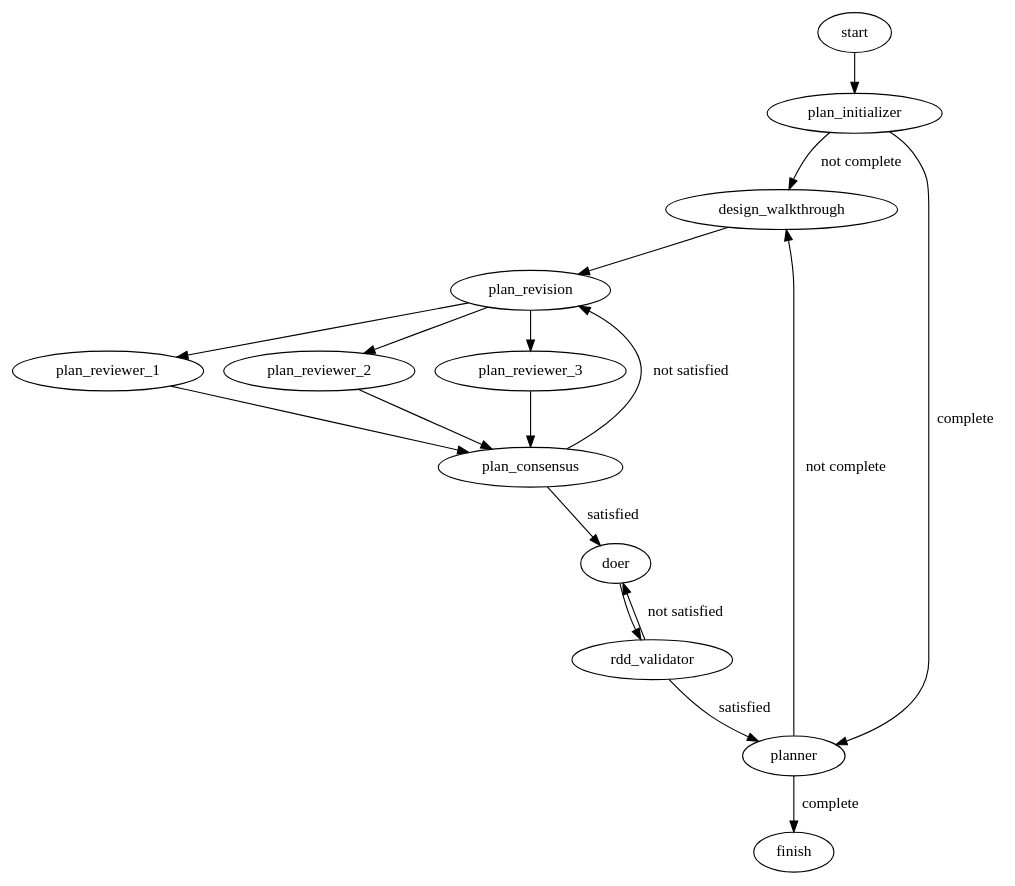
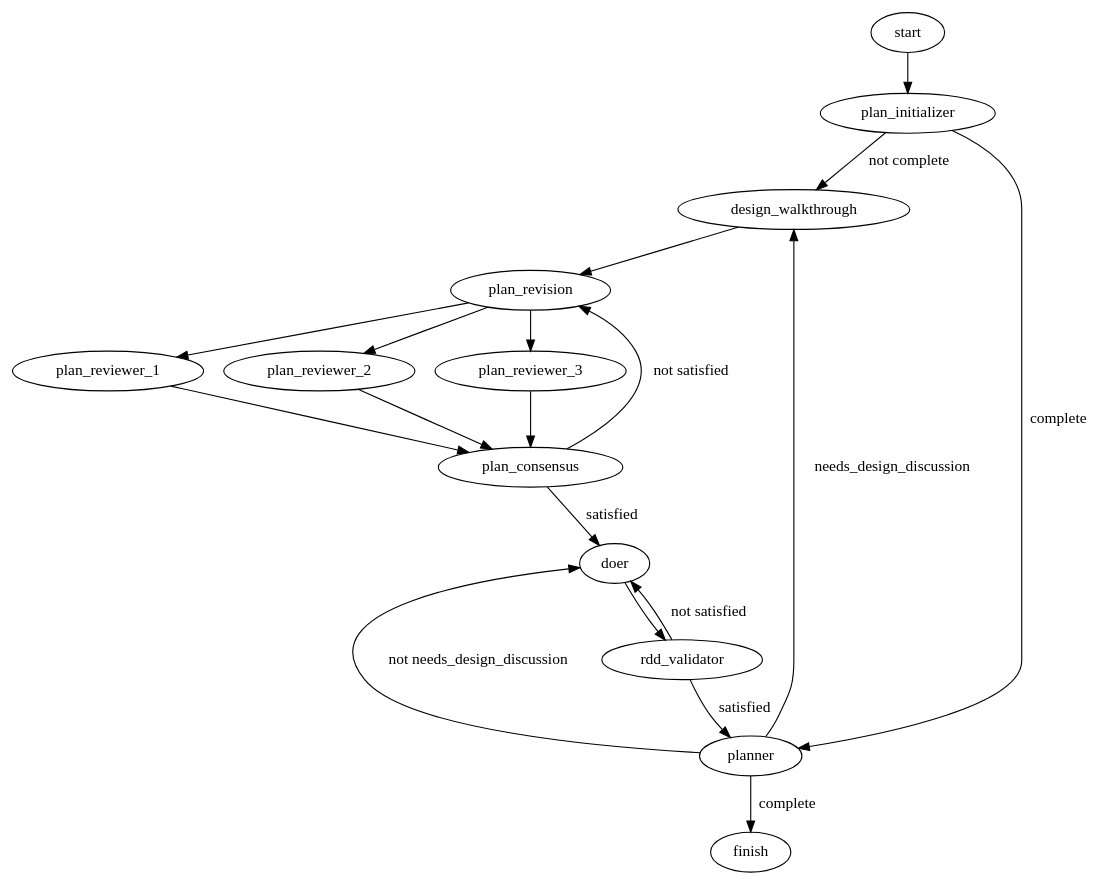
One commit to rwestgeest/libby changed the diagram in qubigo/.assembly-lines/careful-plan.dot. Above: the diagram before and after it, drawn with Graphviz. The commit also changed 12 other files, not shown here.

```diff
--- a/qubigo/.assembly-lines/careful-plan.dot
+++ b/qubigo/.assembly-lines/careful-plan.dot
@@ -1,19 +1,20 @@
 digraph assembly_line {
   start -> plan_initializer
   plan_initializer -> design_walkthrough [label="not complete"]
   design_walkthrough -> plan_revision
   plan_initializer -> planner [label="complete"]
-  planner -> design_walkthrough [label="not complete"]
   planner -> finish [label="complete"]
+  planner -> design_walkthrough [label="needs_design_discussion"]
+  planner -> doer [label="not needs_design_discussion"]
   plan_revision -> plan_reviewer_1
   plan_revision -> plan_reviewer_2
   plan_revision -> plan_reviewer_3
   plan_reviewer_1 -> plan_consensus
   plan_reviewer_2 -> plan_consensus
   plan_reviewer_3 -> plan_consensus
   plan_consensus -> plan_revision [label="not satisfied"]
   plan_consensus -> doer [label="satisfied"]
   doer -> rdd_validator
   rdd_validator -> doer [label="not satisfied"]
   rdd_validator -> planner [label="satisfied"]
 }
```
